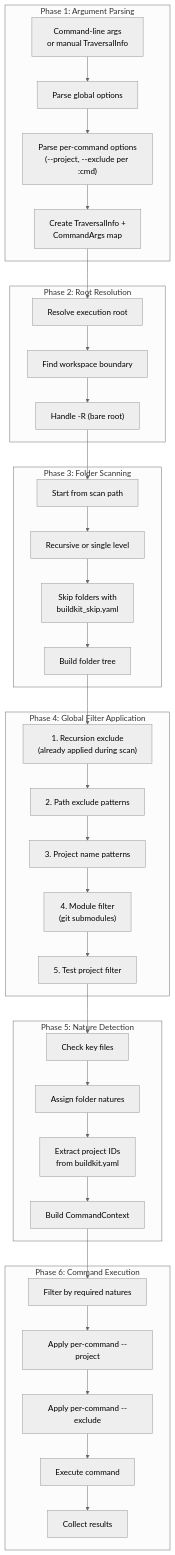
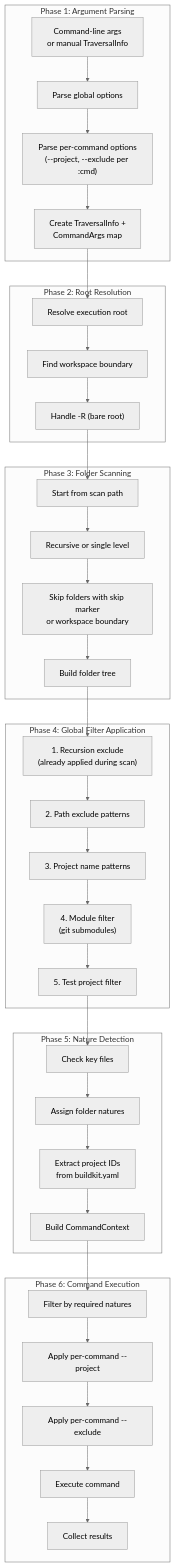
One commit to al-the-bear/tom_module_basics changed the eighth of 16 diagrams in tom_build_base/doc/cli_v2_design.md. Above: the diagram before and after it, drawn with Mermaid (neutral theme). The commit also changed other lines of this file and 1 other file, not shown here.

````diff
--- a/tom_build_base/doc/cli_v2_design.md
+++ b/tom_build_base/doc/cli_v2_design.md
@@ -464,52 +538,52 @@
 ```mermaid
 flowchart TB
     subgraph "Phase 1: Argument Parsing"
         A1["Command-line args<br/>or manual TraversalInfo"]
         A2["Parse global options"]
         A3["Parse per-command options<br/>(--project, --exclude per :cmd)"]
         A4["Create TraversalInfo +<br/>CommandArgs map"]
     end
     
     subgraph "Phase 2: Root Resolution"
         B1["Resolve execution root"]
         B2["Find workspace boundary"]
         B3["Handle -R (bare root)"]
     end
     
     subgraph "Phase 3: Folder Scanning"
         C1["Start from scan path"]
         C2["Recursive or single level"]
-        C3["Skip folders with<br/>buildkit_skip.yaml"]
+        C3["Skip folders with skip marker<br/>or workspace boundary"]
         C4["Build folder tree"]
     end
     
     subgraph "Phase 4: Global Filter Application"
         D1["1. Recursion exclude<br/>(already applied during scan)"]
         D2["2. Path exclude patterns"]
         D3["3. Project name patterns"]
         D4["4. Module filter<br/>(git submodules)"]
         D5["5. Test project filter"]
     end
     
     subgraph "Phase 5: Nature Detection"
         E1["Check key files"]
         E2["Assign folder natures"]
         E3["Extract project IDs<br/>from buildkit.yaml"]
         E4["Build CommandContext"]
     end
     
     subgraph "Phase 6: Command Execution"
         F1["Filter by required natures"]
         F2["Apply per-command --project"]
         F3["Apply per-command --exclude"]
         F4["Execute command"]
         F5["Collect results"]
     end
     
     A1 --> A2 --> A3 --> A4
     A4 --> B1 --> B2 --> B3
     B3 --> C1 --> C2 --> C3 --> C4
     C4 --> D1 --> D2 --> D3 --> D4 --> D5
     D5 --> E1 --> E2 --> E3 --> E4
     E4 --> F1 --> F2 --> F3 --> F4 --> F5
 ```
````
